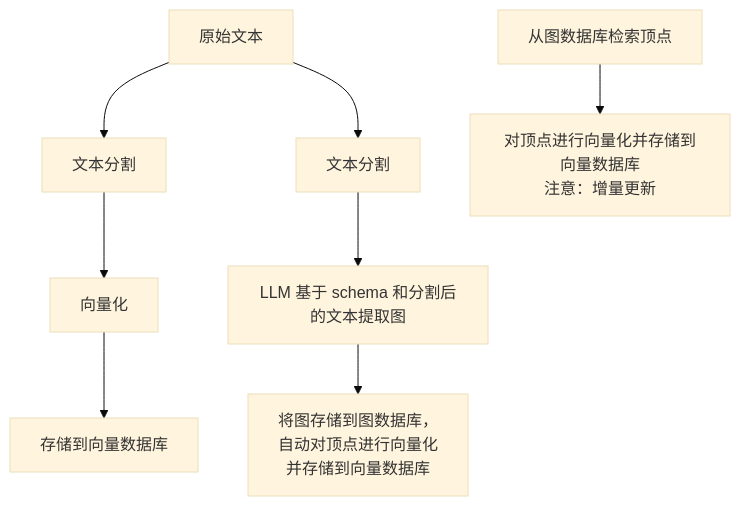
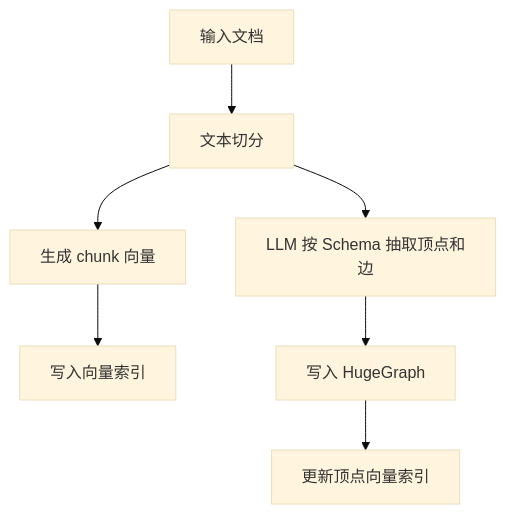
The first of 2 diagrams in cn/docs/quickstart/hugegraph-ai/quick_start/index.md (apache/hugegraph-doc), drawn with Mermaid (base theme) before and after one commit. The commit also changed other lines of this file and 727 other files, not shown here.

````diff
--- a/cn/docs/quickstart/hugegraph-ai/quick_start/index.md
+++ b/cn/docs/quickstart/hugegraph-ai/quick_start/index.md
@@ -26,13 +16,9 @@
 ```mermaid
-graph TD;
-    A[原始文本] --> B[文本分割]
-    B --> C[向量化]
-    C --> D[存储到向量数据库]
-
-    A --> F[文本分割]
-    F --> G[LLM 基于 schema 和分割后的文本提取图]
-    G --> H[将图存储到图数据库，\n自动对顶点进行向量化\n并存储到向量数据库]
-    
-    I[从图数据库检索顶点] --> J[对顶点进行向量化并存储到向量数据库\n注意：增量更新]
-
+flowchart TD
+    A[输入文档] --> B[文本切分]
+    B --> C[生成 chunk 向量]
+    C --> D[写入向量索引]
+    B --> E[LLM 按 Schema 抽取顶点和边]
+    E --> F[写入 HugeGraph]
+    F --> G[更新顶点向量索引]
 ```
````
